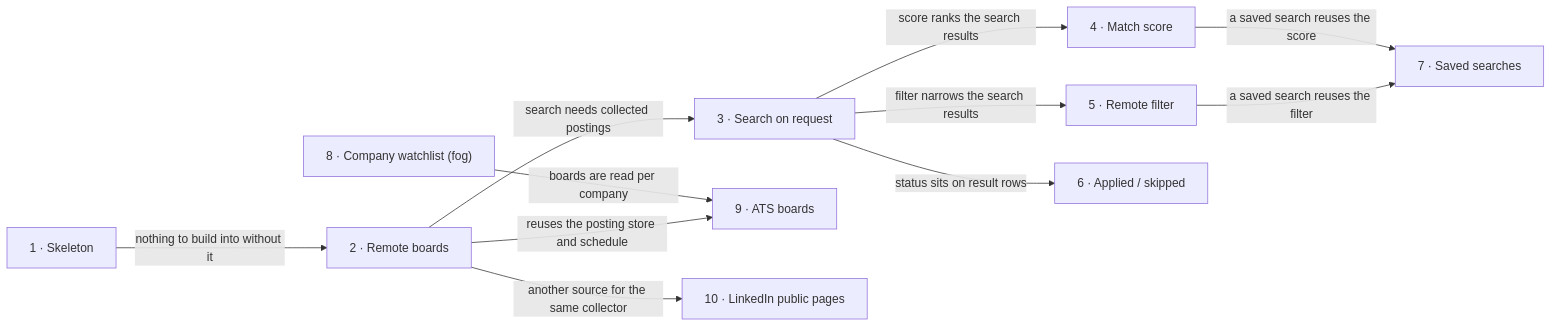
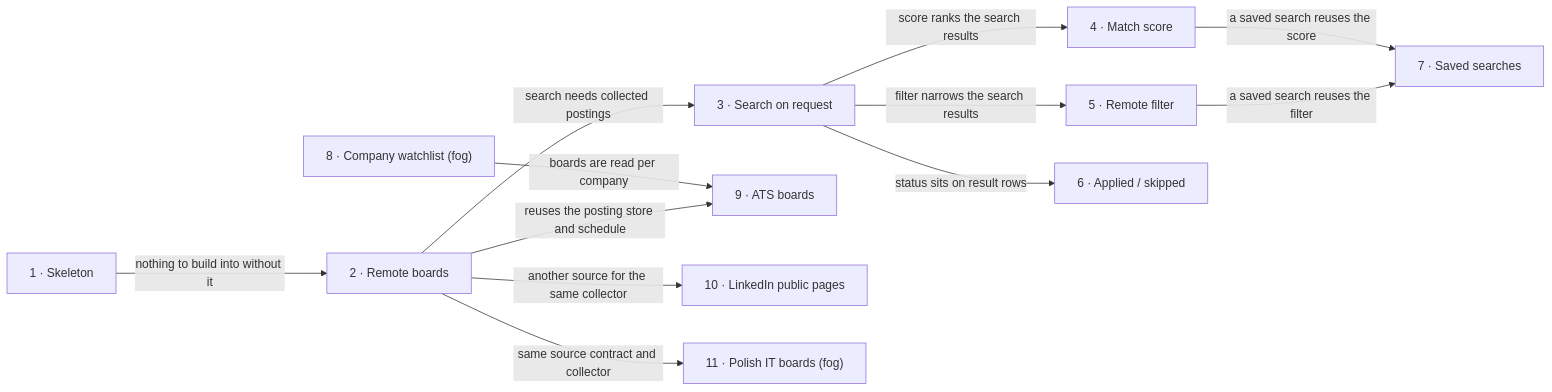
Before and after one commit to DeveloperFromUkraine/job-radar: the diagram in docs/roadmap.md, drawn with Mermaid. The commit also changed other lines of this file, not shown here.

Commit message:
roadmap: add Polish IT boards step (fog) after the collector, move LinkedIn to wave 4, mark skeleton shipped

````diff
--- a/docs/roadmap.md
+++ b/docs/roadmap.md
@@ -65,13 +71,14 @@
 ```mermaid
 flowchart LR
   s1["1 · Skeleton"] -->|nothing to build into without it| s2["2 · Remote boards"]
   s2 -->|search needs collected postings| s3["3 · Search on request"]
   s3 -->|score ranks the search results| s4["4 · Match score"]
   s3 -->|filter narrows the search results| s5["5 · Remote filter"]
   s3 -->|status sits on result rows| s6["6 · Applied / skipped"]
   s4 -->|a saved search reuses the score| s7["7 · Saved searches"]
   s5 -->|a saved search reuses the filter| s7
   s8["8 · Company watchlist (fog)"] -->|boards are read per company| s9["9 · ATS boards"]
   s2 -->|reuses the posting store and schedule| s9
   s2 -->|another source for the same collector| s10["10 · LinkedIn public pages"]
+  s2 -->|same source contract and collector| s11["11 · Polish IT boards (fog)"]
 ```
````
